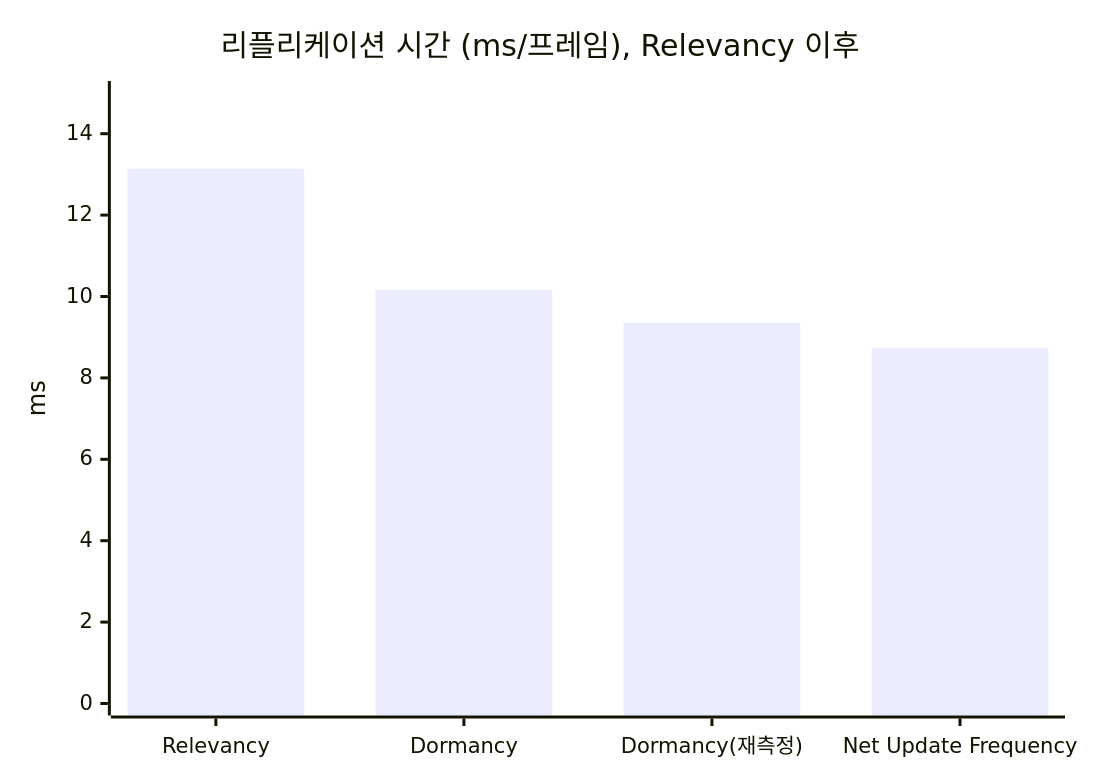
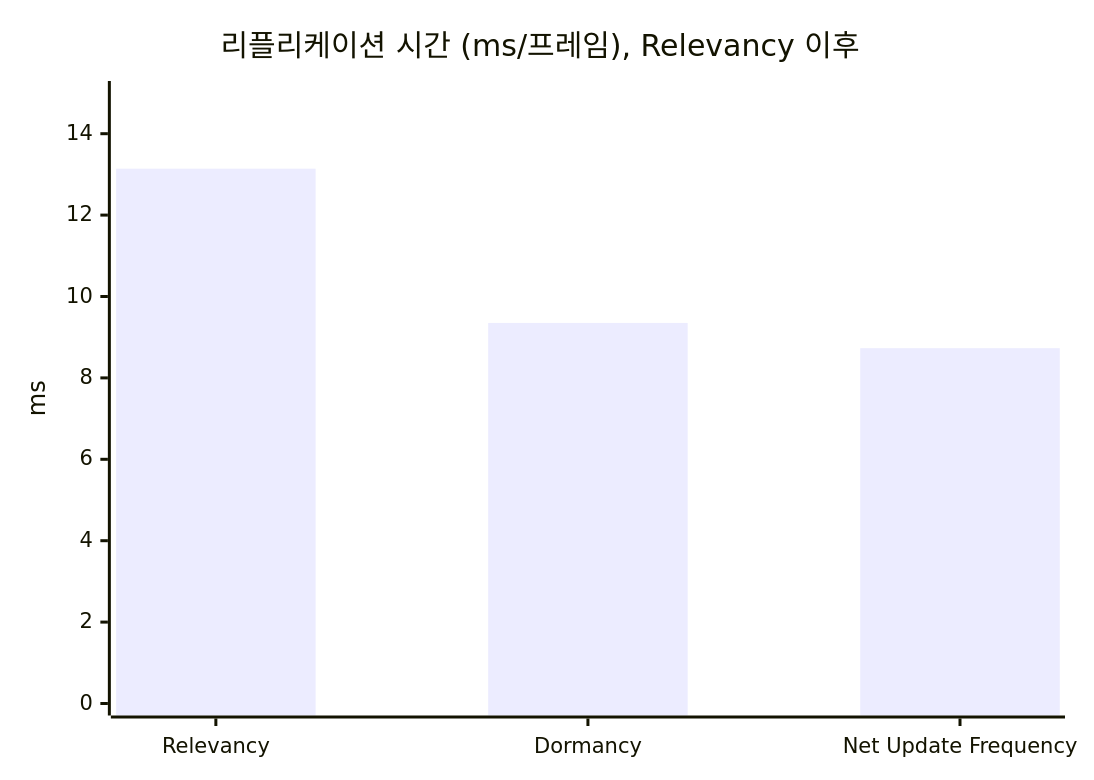
Before and after one commit to hon454/ue-dedicated-server-optimization-lab: the third of 4 diagrams in README.md, drawn with Mermaid. The commit also changed other lines of this file, not shown here.

First line of the commit message:
docs(readme): show one dormancy measurement in the cumulative results

````diff
--- a/README.md
+++ b/README.md
@@ -126,7 +126,7 @@
 ```mermaid
 xychart-beta
     title "리플리케이션 시간 (ms/프레임), Relevancy 이후"
-    x-axis ["Relevancy", "Dormancy", "Dormancy(재측정)", "Net Update Frequency"]
+    x-axis ["Relevancy", "Dormancy", "Net Update Frequency"]
     y-axis "ms" 0 --> 15
-    bar [13.14, 10.17, 9.35, 8.73]
+    bar [13.14, 9.35, 8.73]
 ```
````
